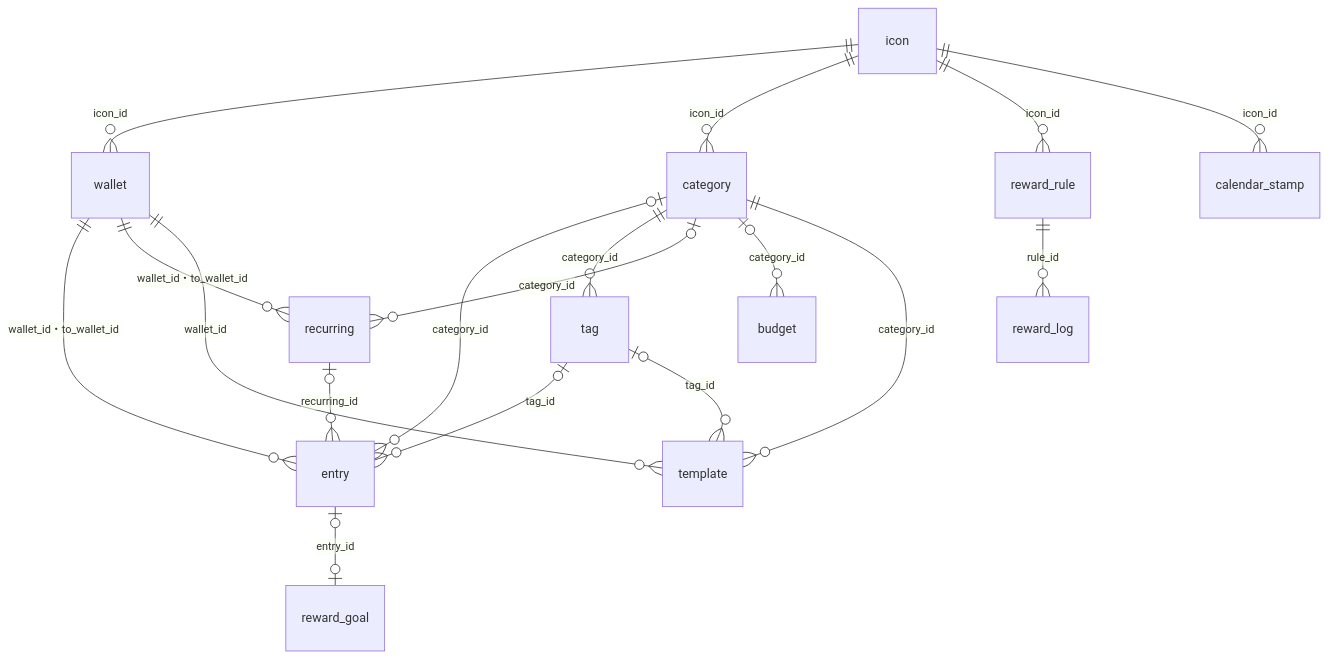
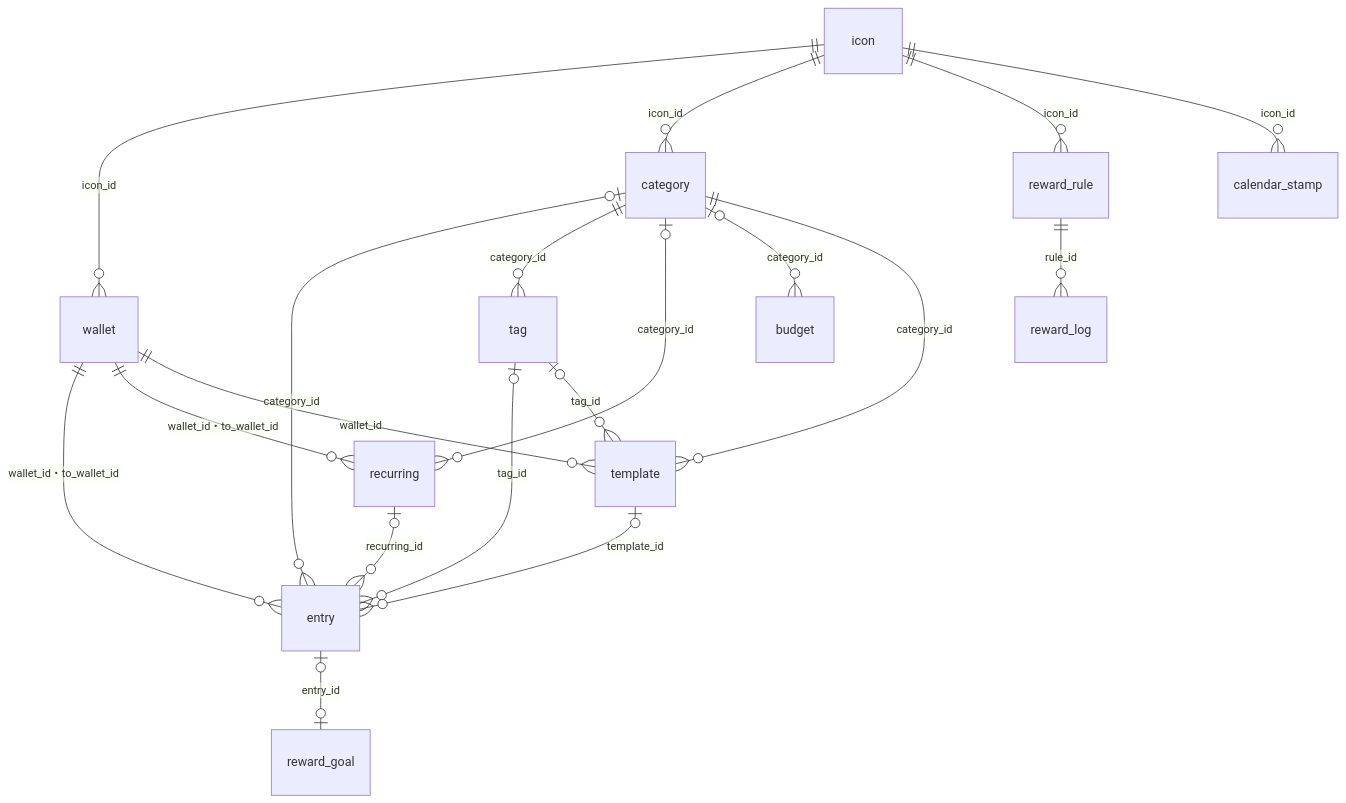
Before and after one commit to yossibank/kakeibot: the diagram in docs/data.md, drawn with Mermaid. The commit also changed other lines of this file and 35 other files, not shown here.

````diff
--- a/docs/data.md
+++ b/docs/data.md
@@ -9,20 +9,21 @@
 ```mermaid
 erDiagram
     icon ||--o{ wallet : "icon_id"
     icon ||--o{ category : "icon_id"
     icon ||--o{ reward_rule : "icon_id"
     icon ||--o{ calendar_stamp : "icon_id"
     wallet ||--o{ entry : "wallet_id・to_wallet_id"
     category |o--o{ entry : "category_id"
     category ||--o{ tag : "category_id"
     tag |o--o{ entry : "tag_id"
     tag |o--o{ template : "tag_id"
+    template |o--o{ entry : "template_id"
     recurring |o--o{ entry : "recurring_id"
     wallet ||--o{ recurring : "wallet_id・to_wallet_id"
     category |o--o{ recurring : "category_id"
     category |o--o{ budget : "category_id"
     category ||--o{ template : "category_id"
     wallet ||--o{ template : "wallet_id"
     reward_rule ||--o{ reward_log : "rule_id"
     entry |o--o| reward_goal : "entry_id"
 ```
````
